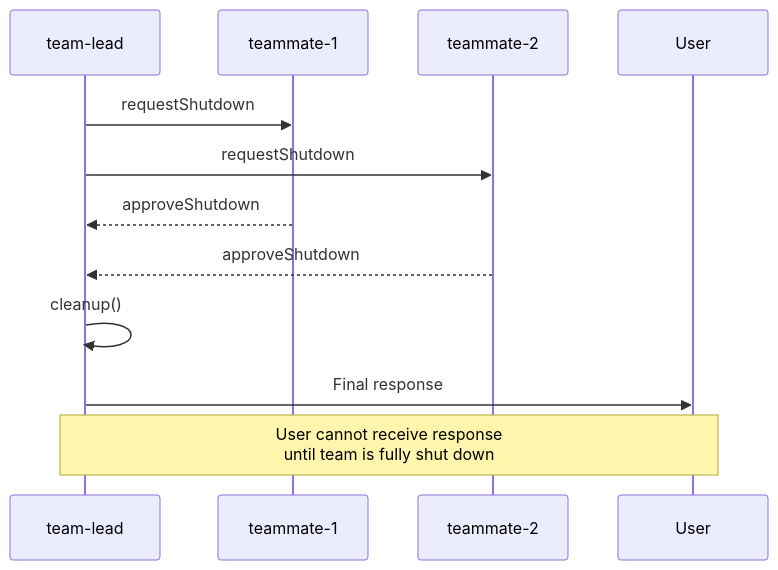
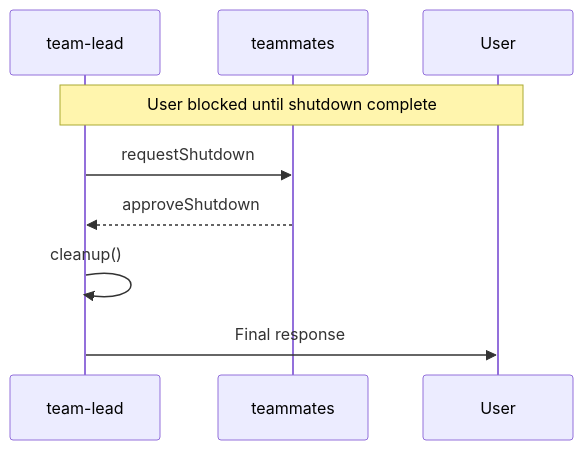
Before and after one commit to ChrisTowles/blog: the third of 3 diagrams in packages/blog/content/2.blog/20260124.claude-code-hidden-multi-agent-system.md, drawn with Mermaid. The commit also changed other lines of this file and 5 other files, not shown here.

First line of the commit message:
feat(blog): add mermaid diagram rendering with sky blue theme

````diff
--- a/packages/blog/content/2.blog/20260124.claude-code-hidden-multi-agent-system.md
+++ b/packages/blog/content/2.blog/20260124.claude-code-hidden-multi-agent-system.md
@@ -181,16 +172,13 @@
 ```mermaid
 sequenceDiagram
-    participant Lead as team-lead
-    participant W1 as teammate-1
-    participant W2 as teammate-2
-    participant User as User
+    participant L as team-lead
+    participant W as teammates
+    participant U as User
 
-    Lead->>W1: requestShutdown
-    Lead->>W2: requestShutdown
-    W1-->>Lead: approveShutdown
-    W2-->>Lead: approveShutdown
-    Lead->>Lead: cleanup()
-    Lead->>User: Final response
+    Note over L,U: User blocked until shutdown complete
 
-    Note over Lead,User: User cannot receive response<br/>until team is fully shut down
+    L->>W: requestShutdown
+    W-->>L: approveShutdown
+    L->>L: cleanup()
+    L->>U: Final response
 ```
````
